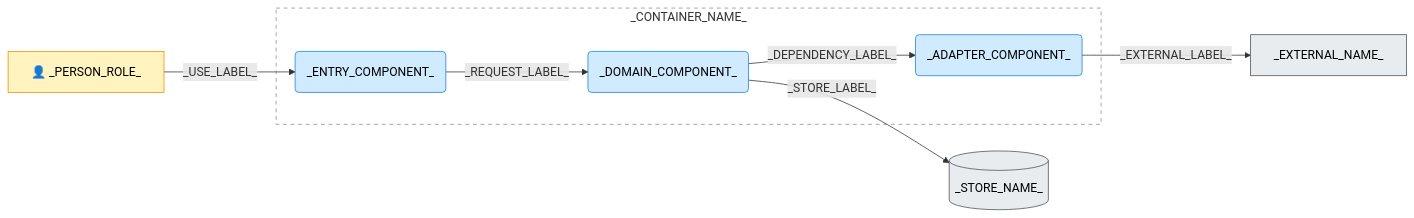
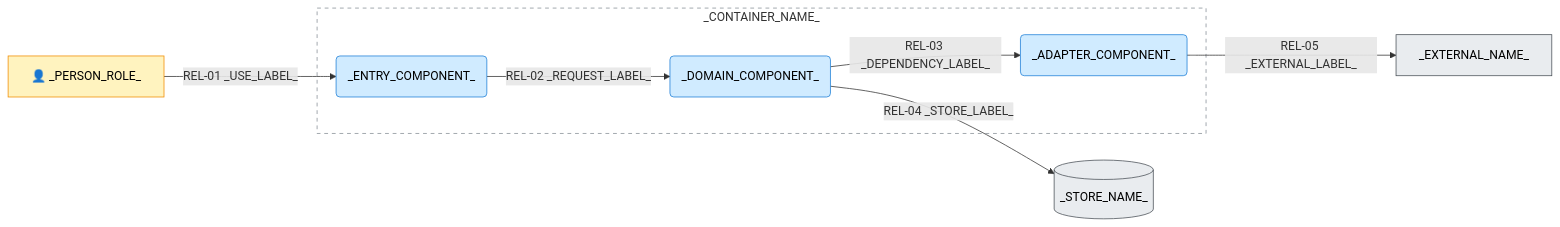
One commit to specdojo/specdojo changed the diagram in docs/ja/specdojo/templates/cpd-template.md. Above: the diagram before and after it, drawn with Mermaid. The commit also changed other lines of this file and 5 other files, not shown here.

````diff
--- a/docs/ja/specdojo/templates/cpd-template.md
+++ b/docs/ja/specdojo/templates/cpd-template.md
@@ -31,25 +33,25 @@
 ```mermaid
 flowchart LR
   person["👤 _PERSON_ROLE_"]
   subgraph boundary["_CONTAINER_NAME_"]
     entry("_ENTRY_COMPONENT_")
     domain("_DOMAIN_COMPONENT_")
     adapter("_ADAPTER_COMPONENT_")
   end
   store[("_STORE_NAME_")]
   external["_EXTERNAL_NAME_"]
 
-  person -->|"_USE_LABEL_"| entry
-  entry -->|"_REQUEST_LABEL_"| domain
-  domain -->|"_DEPENDENCY_LABEL_"| adapter
-  domain -->|"_STORE_LABEL_"| store
-  adapter -->|"_EXTERNAL_LABEL_"| external
+  person -->|"REL-01 _USE_LABEL_"| entry
+  entry -->|"REL-02 _REQUEST_LABEL_"| domain
+  domain -->|"REL-03 _DEPENDENCY_LABEL_"| adapter
+  domain -->|"REL-04 _STORE_LABEL_"| store
+  adapter -->|"REL-05 _EXTERNAL_LABEL_"| external
 
   classDef person fill:#fff3bf,stroke:#f08c00,color:#000;
   classDef system fill:#d0ebff,stroke:#1c7ed6,color:#000;
   classDef external fill:#e9ecef,stroke:#495057,color:#000;
   class person person;
   class entry,domain,adapter system;
   class store,external external;
   style boundary fill:#ffffff,fill-opacity:0,stroke:#868e96,stroke-width:1px,stroke-dasharray: 5 5;
 ```
````
